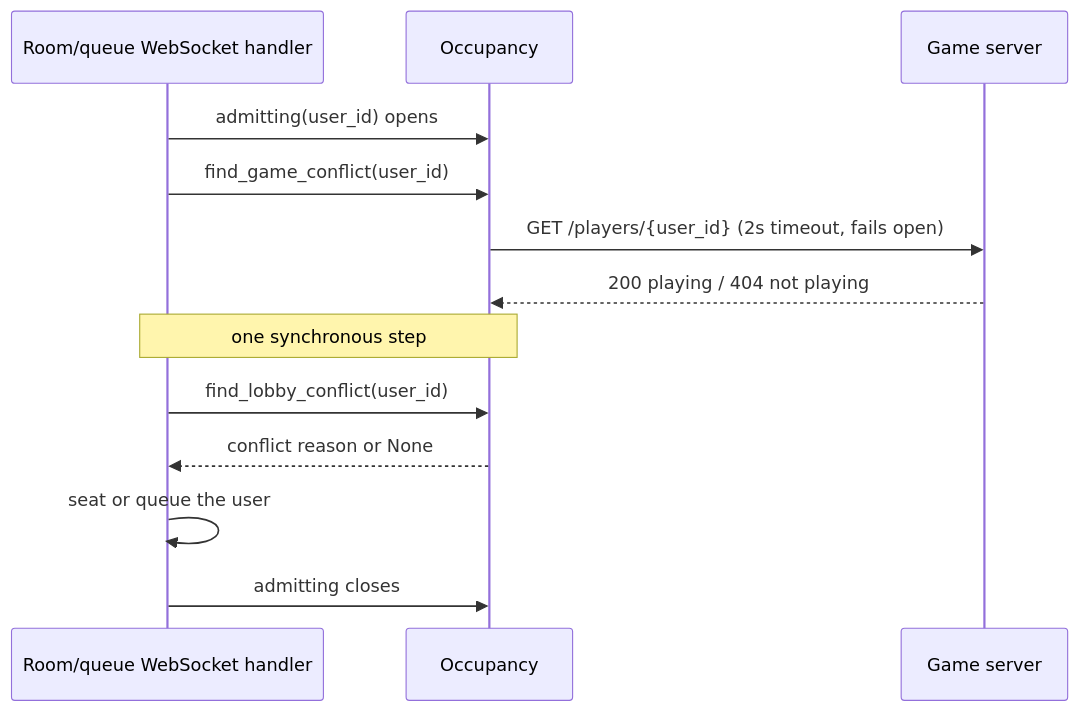
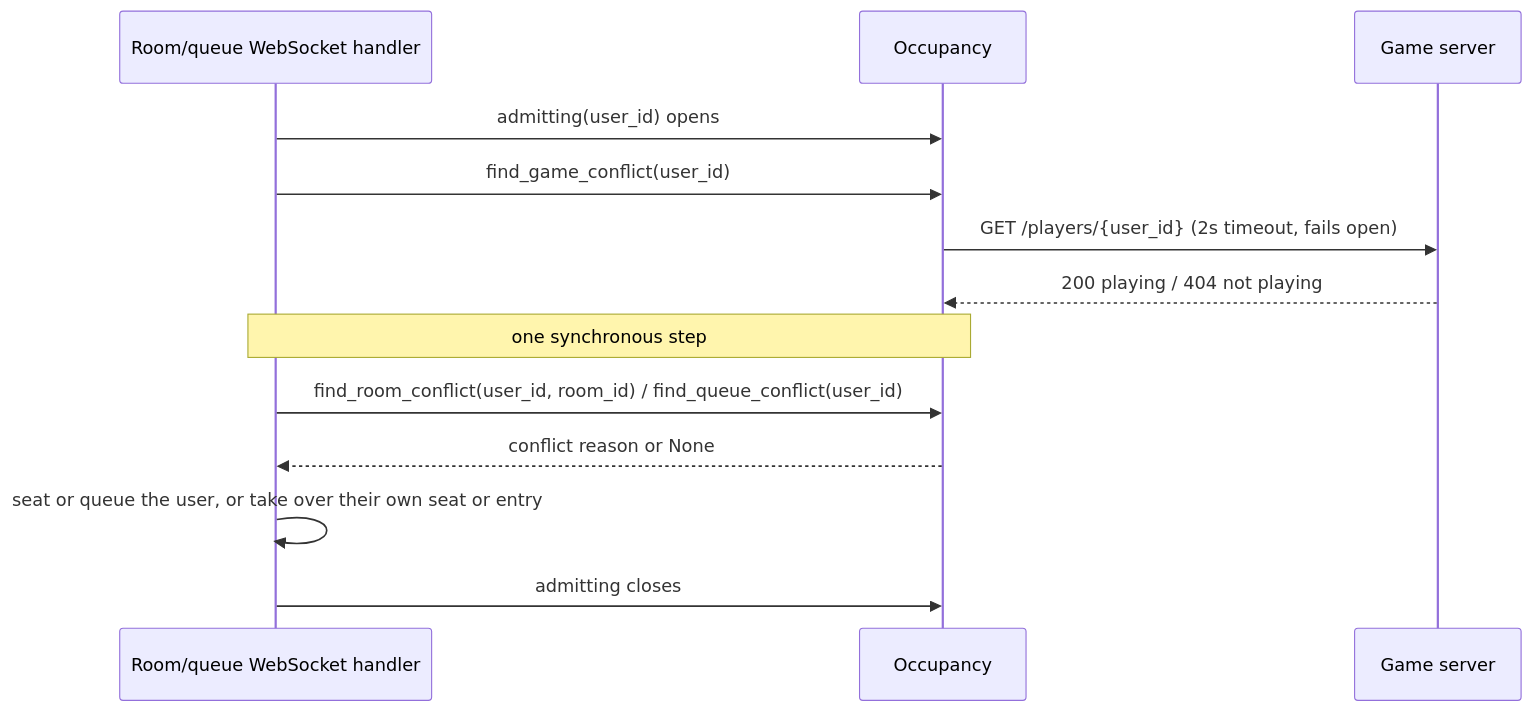
Before and after one commit to MahjongRepository/ronin: the third of 8 diagrams in docs/architecture.md, drawn with Mermaid. The commit also changed other lines of this file and 24 other files, not shown here.

````diff
--- a/docs/architecture.md
+++ b/docs/architecture.md
@@ -101,16 +101,16 @@
 ```mermaid
 sequenceDiagram
     participant H as Room/queue WebSocket handler
     participant O as Occupancy
     participant G as Game server
 
     H->>O: admitting(user_id) opens
     H->>O: find_game_conflict(user_id)
     O->>G: GET /players/{user_id} (2s timeout, fails open)
     G-->>O: 200 playing / 404 not playing
     Note over H,O: one synchronous step
-    H->>O: find_lobby_conflict(user_id)
+    H->>O: find_room_conflict(user_id, room_id) / find_queue_conflict(user_id)
     O-->>H: conflict reason or None
-    H->>H: seat or queue the user
+    H->>H: seat or queue the user, or take over their own seat or entry
     H->>O: admitting closes
 ```
````
